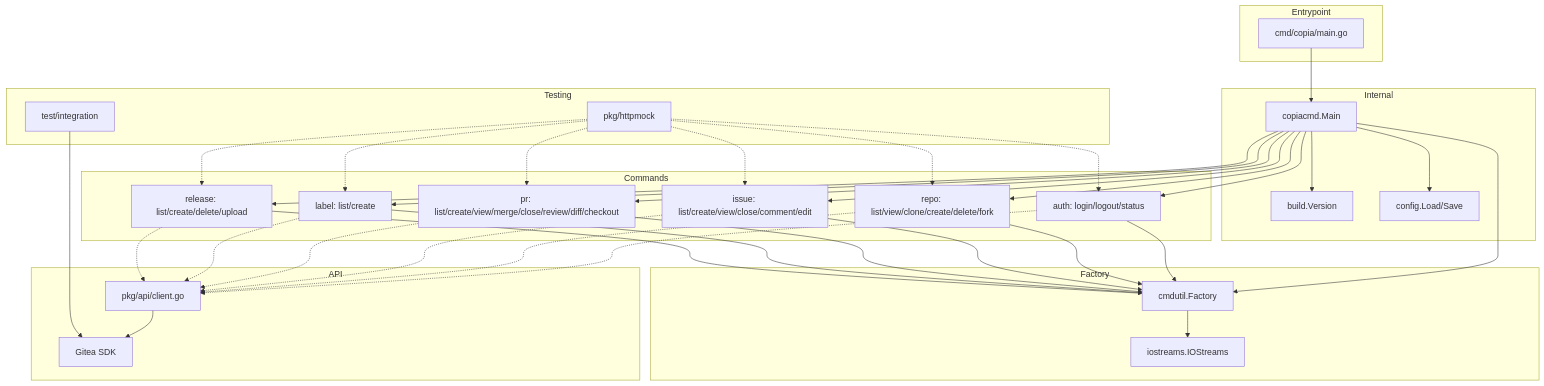
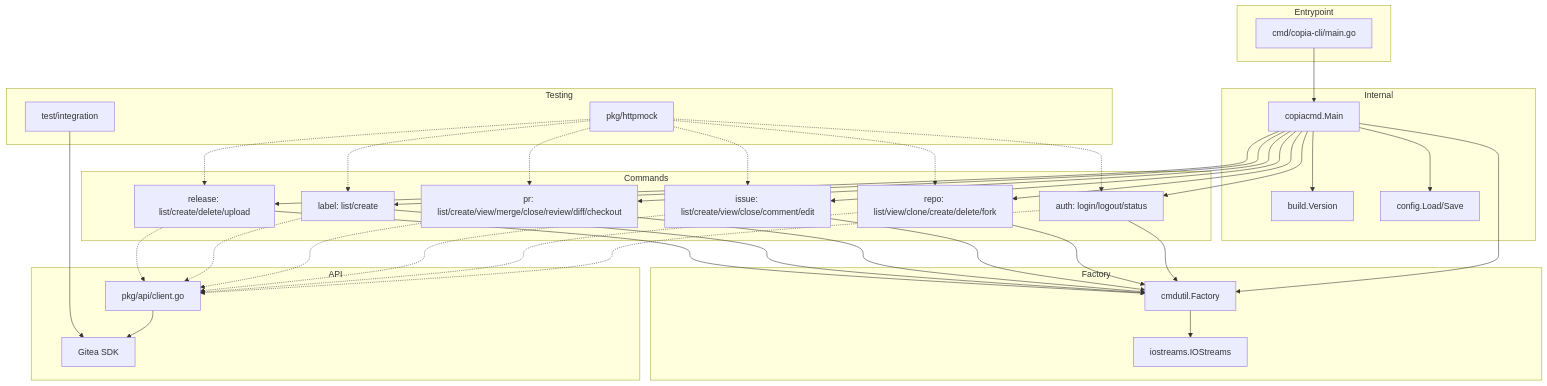
One commit to qubernetic-org/copia-cli changed the first of 2 diagrams in docs/project-layout.md. Above: the diagram before and after it, drawn with Mermaid. The commit also changed other lines of this file and 5 other files, not shown here.

First line of the commit message:
fix: update binary name references in docs (copia → copia-cli) (#140)

````diff
--- a/docs/project-layout.md
+++ b/docs/project-layout.md
@@ -13,43 +13,43 @@
 ```mermaid
 graph TB
     subgraph Entrypoint
-        main[cmd/copia/main.go]
+        main[cmd/copia-cli/main.go]
     end
     subgraph Internal
         copiacmd[copiacmd.Main]
         build[build.Version]
         config[config.Load/Save]
     end
     subgraph Factory
         factory[cmdutil.Factory]
         iostreams[iostreams.IOStreams]
     end
     subgraph Commands
         auth[auth: login/logout/status]
         repo[repo: list/view/clone/create/delete/fork]
         issue[issue: list/create/view/close/comment/edit]
         pr[pr: list/create/view/merge/close/review/diff/checkout]
         label[label: list/create]
         release[release: list/create/delete/upload]
     end
     subgraph API
         client[pkg/api/client.go]
         gitea[Gitea SDK]
     end
     subgraph Testing
         httpmock[pkg/httpmock]
         integration[test/integration]
     end
 
     main --> copiacmd
     copiacmd --> factory
     copiacmd --> build
     copiacmd --> config
     factory --> iostreams
     copiacmd --> auth & repo & issue & pr & label & release
     auth & repo & issue & pr & label & release --> factory
     auth & repo & issue & pr & label & release -.-> client
     client --> gitea
     httpmock -.-> auth & repo & issue & pr & label & release
     integration --> gitea
 ```
````
